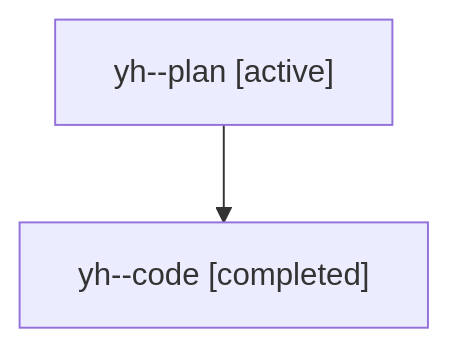
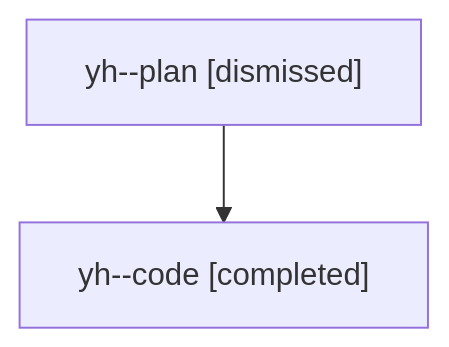
One commit to sase-org/sase--agents changed the diagram in sessions/bbugyi200.athena.yh.md. Above: the diagram before and after it, drawn with Mermaid. The commit also changed other lines of this file and 18 other files, not shown here.

````diff
--- a/sessions/bbugyi200.athena.yh.md
+++ b/sessions/bbugyi200.athena.yh.md
@@ -9,6 +9,6 @@
 ```mermaid
 flowchart TD
-  n0["yh--plan [active]"]
+  n0["yh--plan [dismissed]"]
   n1["yh--code [completed]"]
   n0 --> n1
 ```
````
